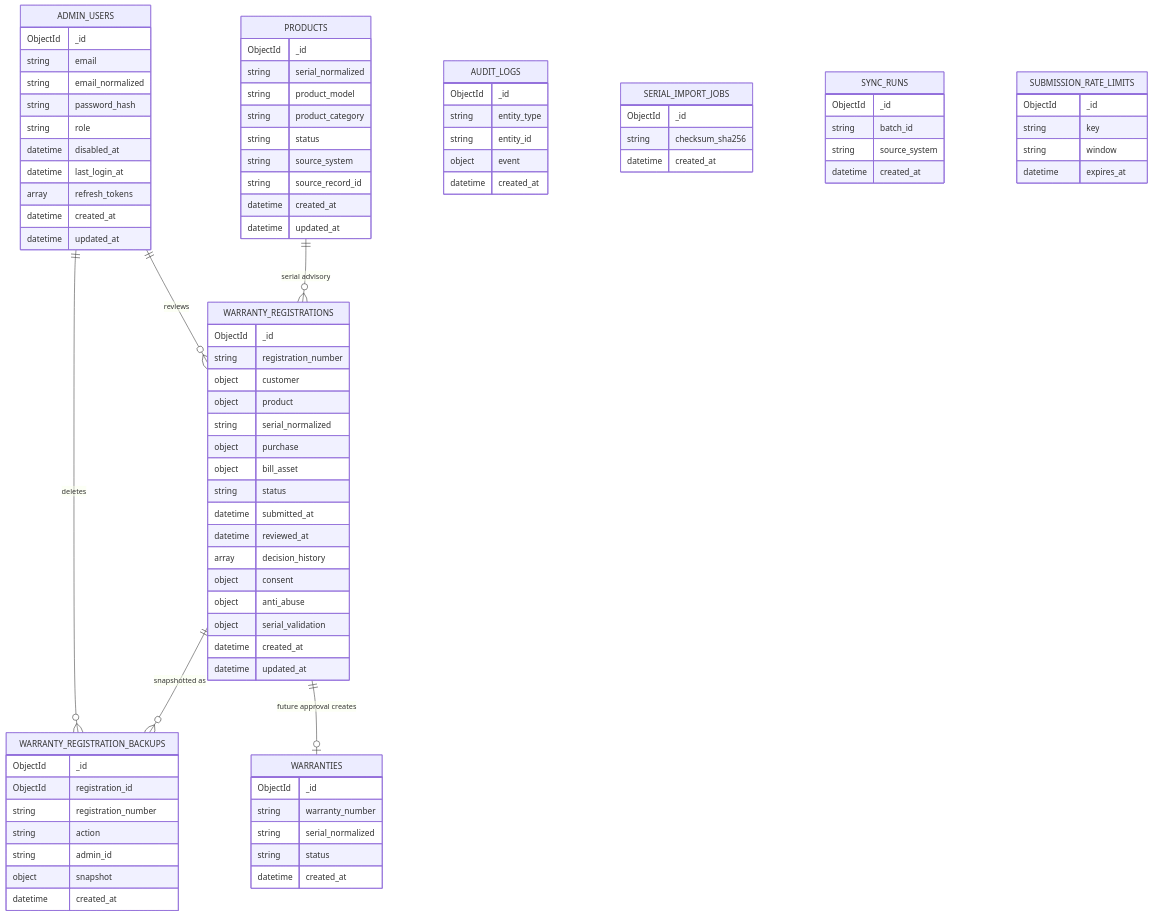
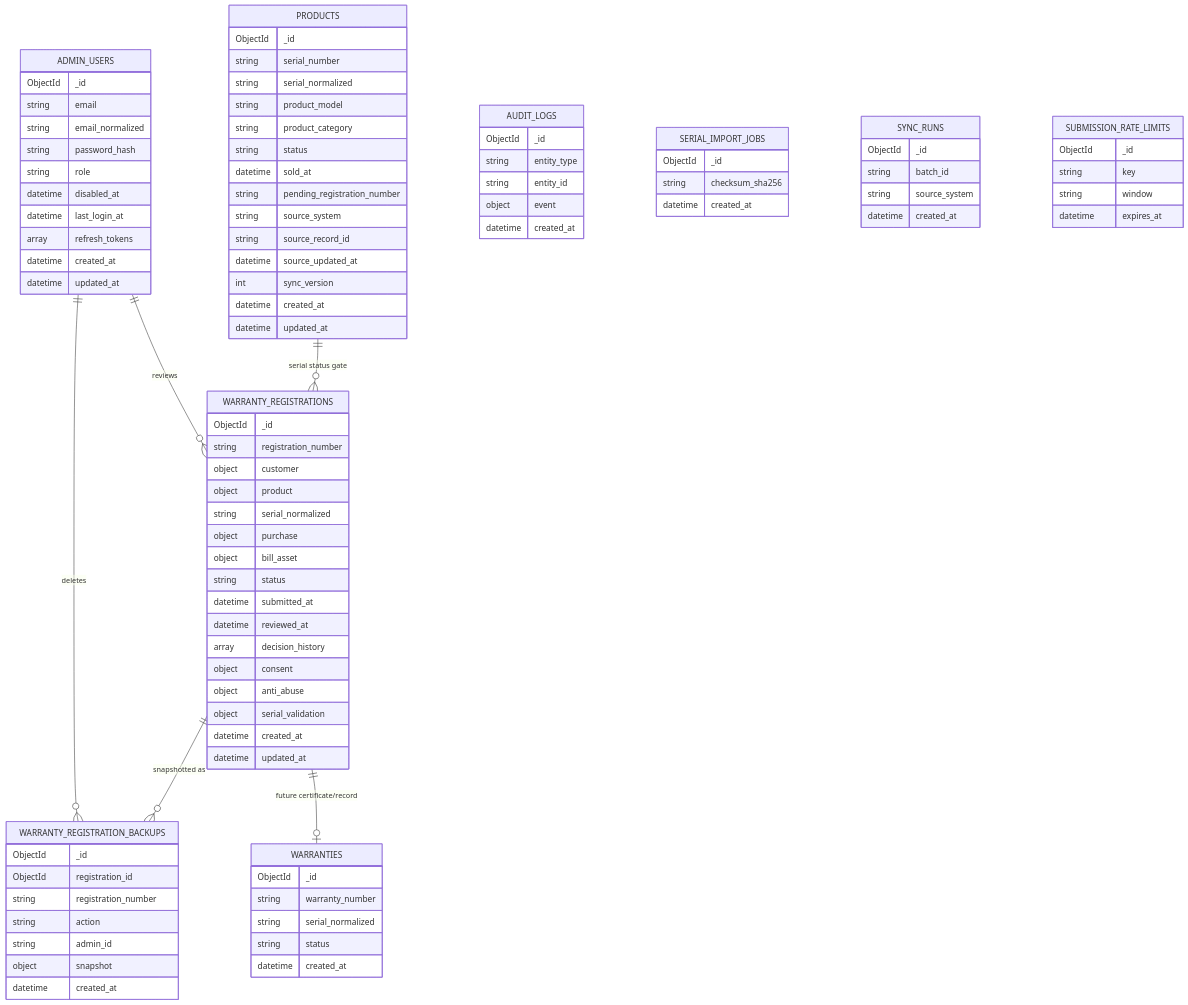
Before and after one commit to traicasolutions-pjcts/limac-website: the fourth of 5 diagrams in docs/LIMAC_WARRANTY_DESIGN_DOCUMENT.md, drawn with Mermaid. The commit also changed other lines of this file and 2 other files, not shown here.

````diff
--- a/docs/LIMAC_WARRANTY_DESIGN_DOCUMENT.md
+++ b/docs/LIMAC_WARRANTY_DESIGN_DOCUMENT.md
@@ -313,12 +354,17 @@
 erDiagram
   PRODUCTS {
     ObjectId _id
+    string serial_number
     string serial_normalized
     string product_model
     string product_category
     string status
+    datetime sold_at
+    string pending_registration_number
     string source_system
     string source_record_id
+    datetime source_updated_at
+    int sync_version
     datetime created_at
     datetime updated_at
   }
@@ -401,9 +447,9 @@
     datetime expires_at
   }
 
-  PRODUCTS ||--o{ WARRANTY_REGISTRATIONS : "serial advisory"
+  PRODUCTS ||--o{ WARRANTY_REGISTRATIONS : "serial status gate"
   WARRANTY_REGISTRATIONS ||--o{ WARRANTY_REGISTRATION_BACKUPS : "snapshotted as"
-  WARRANTY_REGISTRATIONS ||--o| WARRANTIES : "future approval creates"
+  WARRANTY_REGISTRATIONS ||--o| WARRANTIES : "future certificate/record"
   ADMIN_USERS ||--o{ WARRANTY_REGISTRATIONS : "reviews"
   ADMIN_USERS ||--o{ WARRANTY_REGISTRATION_BACKUPS : "deletes"
 ```
````
